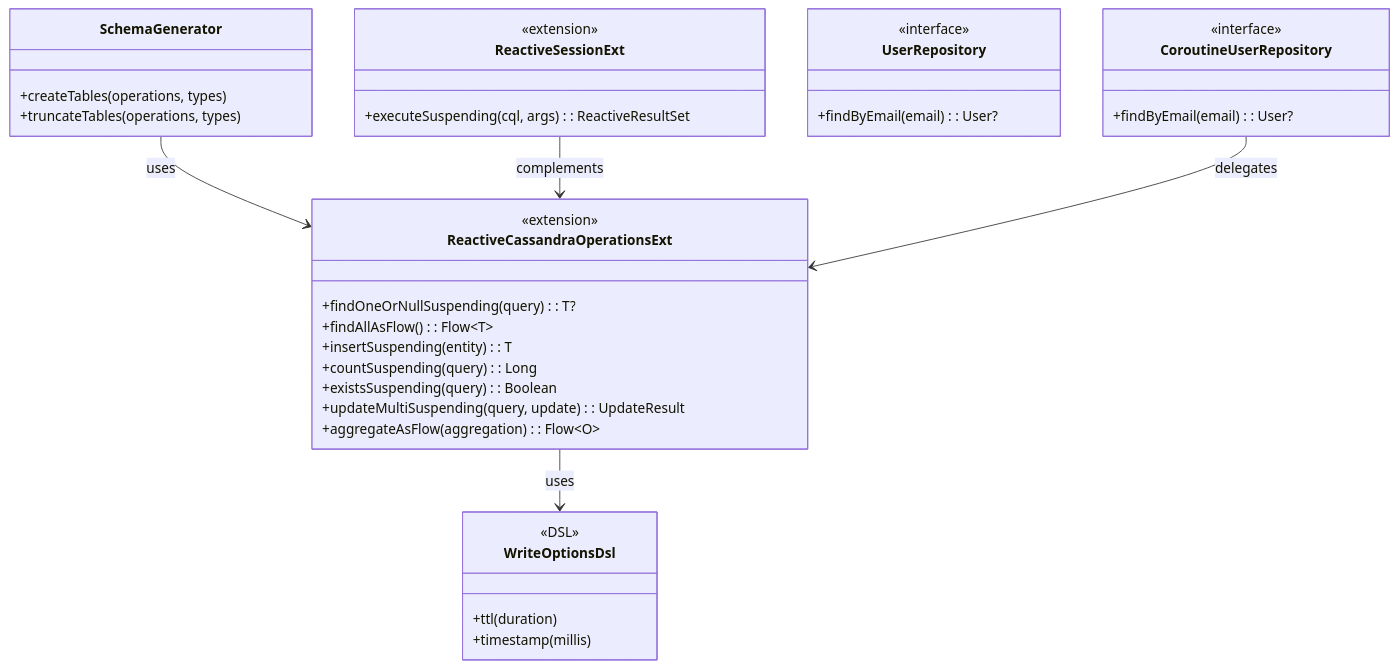
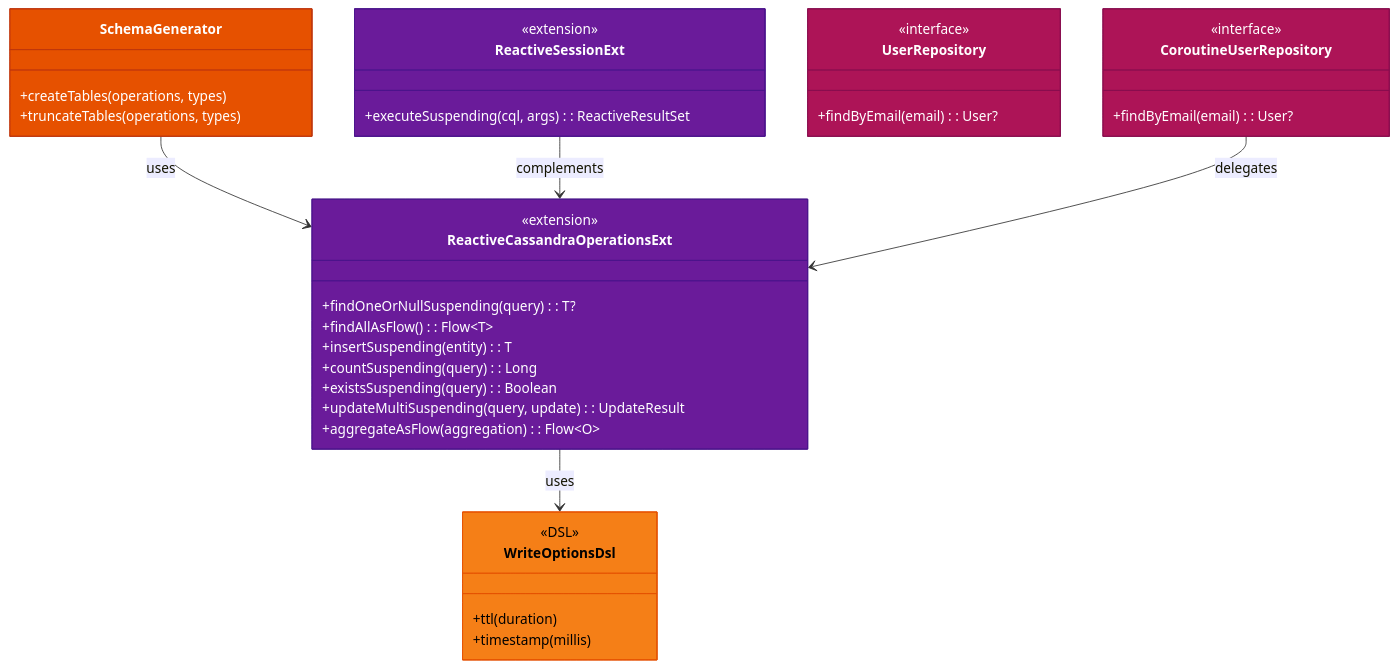
One commit to bluetape4k/bluetape4k-projects changed the first of 3 diagrams in spring-boot4/cassandra/README.md. Above: the diagram before and after it, drawn with Mermaid. The commit also changed other lines of this file and 221 other files, not shown here.

First line of the commit message:
docs: 전체 모듈 README UML 다이어그램 보강 및 색상 업그레이드

````diff
--- a/spring-boot4/cassandra/README.md
+++ b/spring-boot4/cassandra/README.md
@@ -75,39 +75,46 @@
 ```mermaid
 classDiagram
     class ReactiveCassandraOperationsExt {
         <<extension>>
         +findOneOrNullSuspending(query): T?
         +findAllAsFlow(): Flow~T~
         +insertSuspending(entity): T
         +countSuspending(query): Long
         +existsSuspending(query): Boolean
         +updateMultiSuspending(query, update): UpdateResult
         +aggregateAsFlow(aggregation): Flow~O~
     }
     class ReactiveSessionExt {
         <<extension>>
         +executeSuspending(cql, args): ReactiveResultSet
     }
     class WriteOptionsDsl {
         <<DSL>>
         +ttl(duration)
         +timestamp(millis)
     }
     class SchemaGenerator {
         +createTables(operations, types)
         +truncateTables(operations, types)
     }
     class UserRepository {
         <<interface>>
         +findByEmail(email): User?
     }
     class CoroutineUserRepository {
         <<interface>>
         +findByEmail(email): User?
     }
 
     ReactiveCassandraOperationsExt --> WriteOptionsDsl : uses
     SchemaGenerator --> ReactiveCassandraOperationsExt : uses
     ReactiveSessionExt --> ReactiveCassandraOperationsExt : complements
     CoroutineUserRepository --> ReactiveCassandraOperationsExt : delegates
+
+    style ReactiveCassandraOperationsExt fill:#6A1B9A,stroke:#4A148C,color:#FFFFFF
+    style ReactiveSessionExt fill:#6A1B9A,stroke:#4A148C,color:#FFFFFF
+    style WriteOptionsDsl fill:#F57F17,stroke:#E65100,color:#000000
+    style SchemaGenerator fill:#E65100,stroke:#BF360C,color:#FFFFFF
+    style UserRepository fill:#AD1457,stroke:#880E4F,color:#FFFFFF
+    style CoroutineUserRepository fill:#AD1457,stroke:#880E4F,color:#FFFFFF
 ```
````
